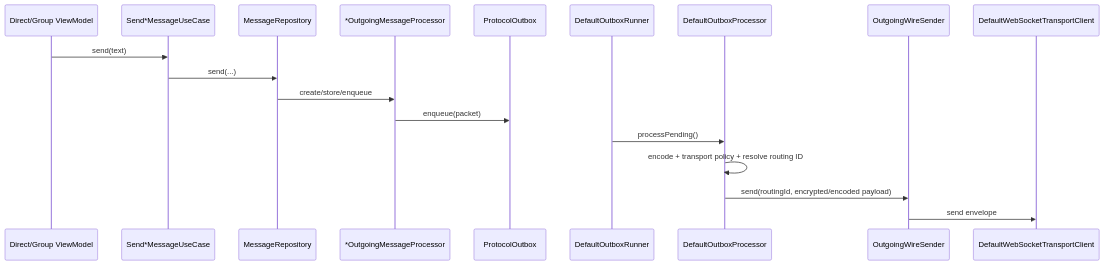
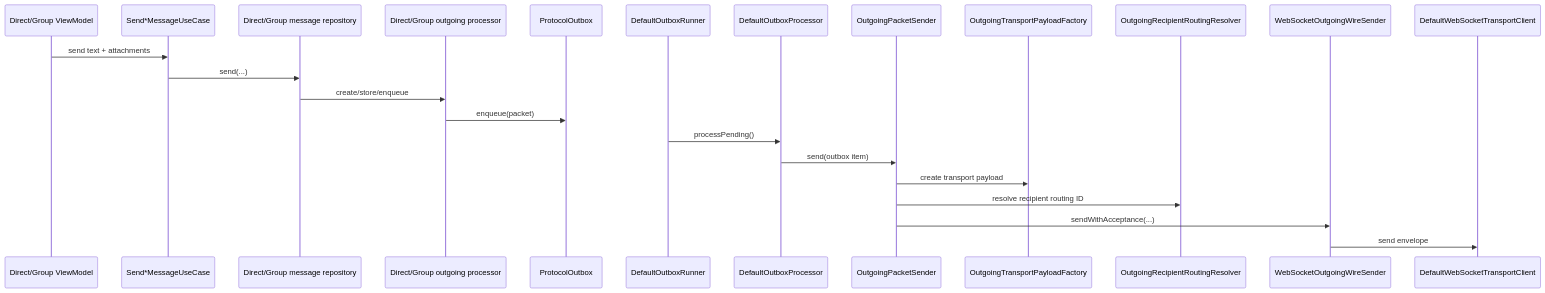
One commit to cbgm/Sparrow changed the first of 2 diagrams in docs/architecture/messaging-boundary.md. Above: the diagram before and after it, drawn with Mermaid. The commit also changed other lines of this file and 70 other files, not shown here.

````diff
--- a/docs/architecture/messaging-boundary.md
+++ b/docs/architecture/messaging-boundary.md
@@ -21,21 +29,26 @@
 ```mermaid
 sequenceDiagram
     participant VM as Direct/Group ViewModel
     participant UC as Send*MessageUseCase
-    participant Repo as MessageRepository
-    participant Proc as *OutgoingMessageProcessor
+    participant Repo as Direct/Group message repository
+    participant Proc as Direct/Group outgoing processor
     participant Outbox as ProtocolOutbox
     participant Runner as DefaultOutboxRunner
     participant OP as DefaultOutboxProcessor
-    participant Sender as OutgoingWireSender
+    participant PS as OutgoingPacketSender
+    participant PF as OutgoingTransportPayloadFactory
+    participant RR as OutgoingRecipientRoutingResolver
+    participant Sender as WebSocketOutgoingWireSender
     participant WS as DefaultWebSocketTransportClient
 
-    VM->>UC: send(text)
+    VM->>UC: send text + attachments
     UC->>Repo: send(...)
     Repo->>Proc: create/store/enqueue
     Proc->>Outbox: enqueue(packet)
     Runner->>OP: processPending()
-    OP->>OP: encode + transport policy + resolve routing ID
-    OP->>Sender: send(routingId, encrypted/encoded payload)
+    OP->>PS: send(outbox item)
+    PS->>PF: create transport payload
+    PS->>RR: resolve recipient routing ID
+    PS->>Sender: sendWithAcceptance(...)
     Sender->>WS: send envelope
 ```
````
